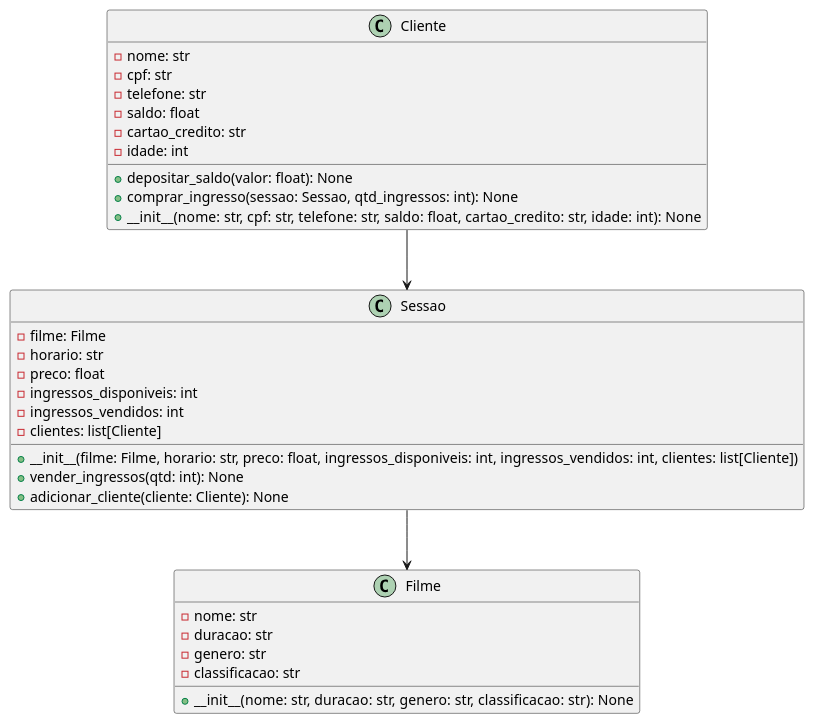
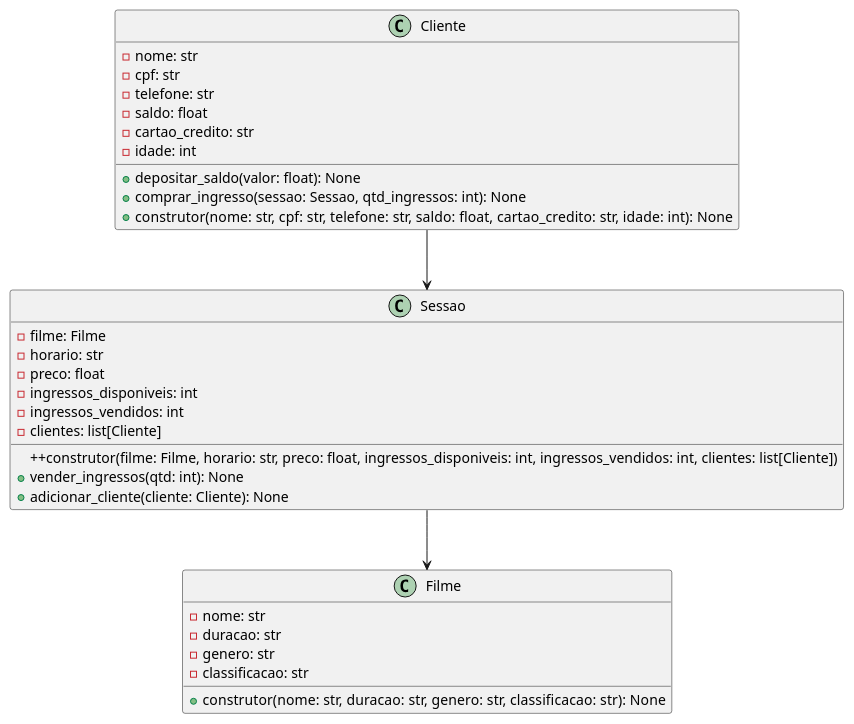
One commit to anleaes/2023-1-N1-POO-06 changed the diagram in Diagramas/teste.plantUML. Above: the diagram before and after it, drawn with PlantUML.

Commit message:
Troca de nomes

```diff
--- a/Diagramas/teste.plantUML
+++ b/Diagramas/teste.plantUML
@@ -1,38 +1,38 @@
 @startuml N123
 
 class Cliente {
     -nome: str
     -cpf: str
     -telefone: str
     -saldo: float
     -cartao_credito: str
     -idade: int
     +depositar_saldo(valor: float): None
     +comprar_ingresso(sessao: Sessao, qtd_ingressos: int): None
-    +__init__(nome: str, cpf: str, telefone: str, saldo: float, cartao_credito: str, idade: int): None
+    +construtor(nome: str, cpf: str, telefone: str, saldo: float, cartao_credito: str, idade: int): None
 }
 
 class Filme {
     -nome: str
     -duracao: str
     -genero: str
     -classificacao: str
-    +__init__(nome: str, duracao: str, genero: str, classificacao: str): None
+    +construtor(nome: str, duracao: str, genero: str, classificacao: str): None
 }
 
 class Sessao {
     -filme: Filme
     -horario: str
     -preco: float
     -ingressos_disponiveis: int
     -ingressos_vendidos: int
     -clientes: list[Cliente]
-    + __init__(filme: Filme, horario: str, preco: float, ingressos_disponiveis: int, ingressos_vendidos: int, clientes: list[Cliente])
+    ++construtor(filme: Filme, horario: str, preco: float, ingressos_disponiveis: int, ingressos_vendidos: int, clientes: list[Cliente])
     +vender_ingressos(qtd: int): None
     +adicionar_cliente(cliente: Cliente): None
 }
 
 Cliente --> Sessao
 Sessao --> Filme
 
 @enduml
```
